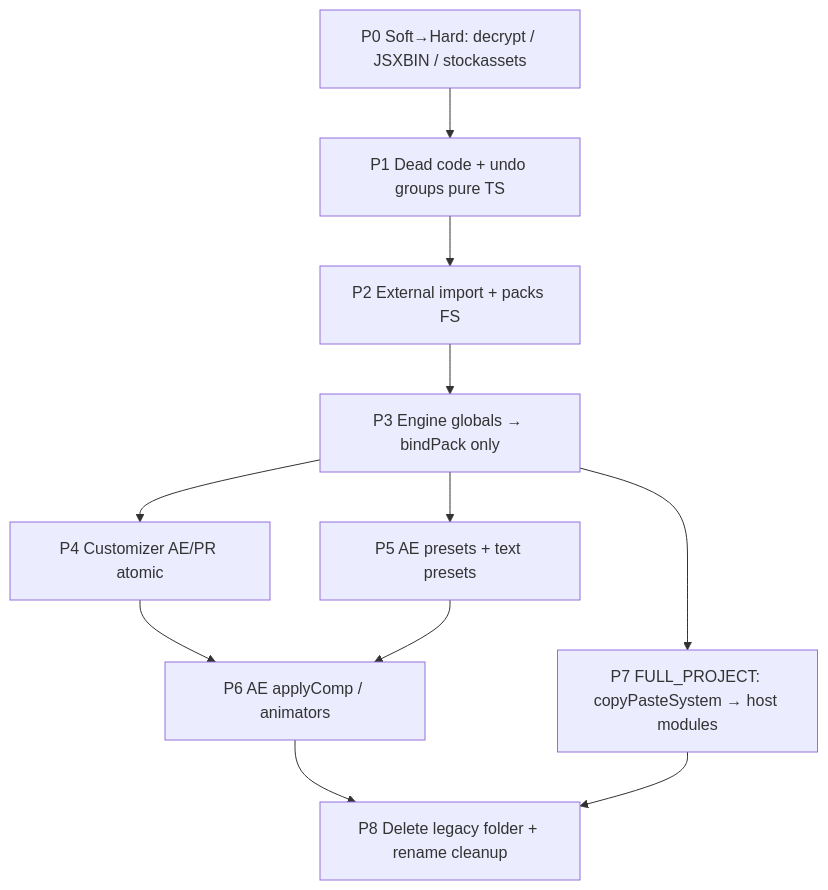
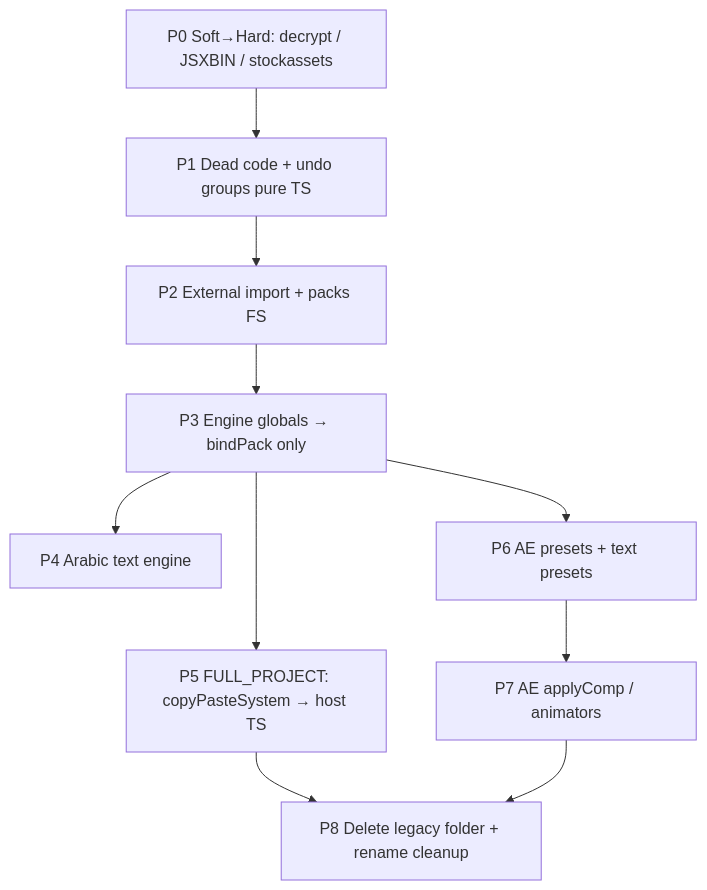
Before and after one commit to nipapin/spunkram-library: the diagram in docs/sdk/POLNOE_OTRECHENIE.md, drawn with Mermaid. The commit also changed other lines of this file and 8 other files, not shown here.

````diff
--- a/docs/sdk/POLNOE_OTRECHENIE.md
+++ b/docs/sdk/POLNOE_OTRECHENIE.md
@@ -66,20 +65,19 @@
 ```mermaid
 flowchart TD
   P0[P0 Soft→Hard: decrypt / JSXBIN / stockassets]
   P1[P1 Dead code + undo groups pure TS]
   P2[P2 External import + packs FS]
   P3[P3 Engine globals → bindPack only]
-  P4[P4 Customizer AE/PR atomic]
-  P5[P5 AE presets + text presets]
-  P6[P6 AE applyComp / animators]
-  P7[P7 FULL_PROJECT: copyPasteSystem → host modules]
+  P4[P4 Arabic text engine]
+  P5[P5 FULL_PROJECT: copyPasteSystem → host TS]
+  P6[P6 AE presets + text presets]
+  P7[P7 AE applyComp / animators]
   P8[P8 Delete legacy folder + rename cleanup]
   P0 --> P1 --> P2 --> P3
   P3 --> P4
   P3 --> P5
-  P4 --> P6
-  P5 --> P6
-  P3 --> P7
-  P6 --> P8
+  P3 --> P6
+  P6 --> P7
+  P5 --> P8
   P7 --> P8
 ```
````
